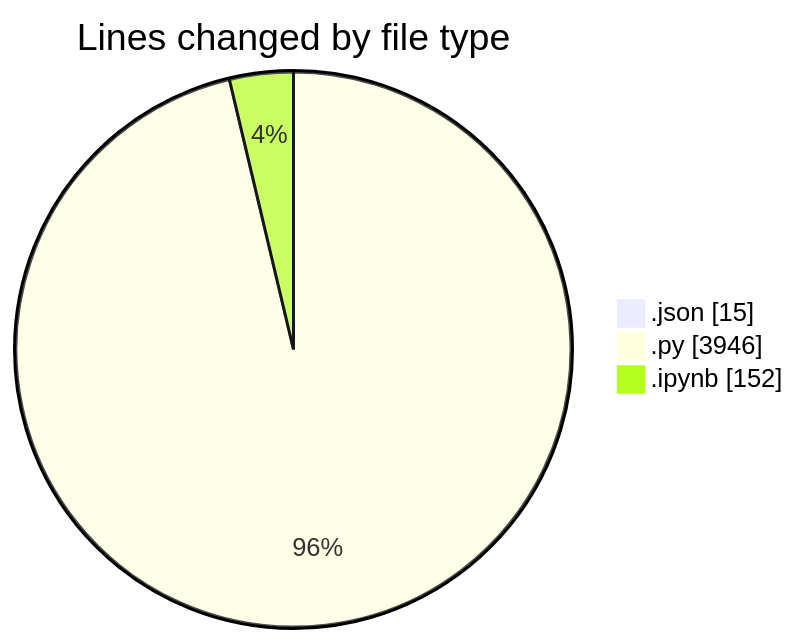
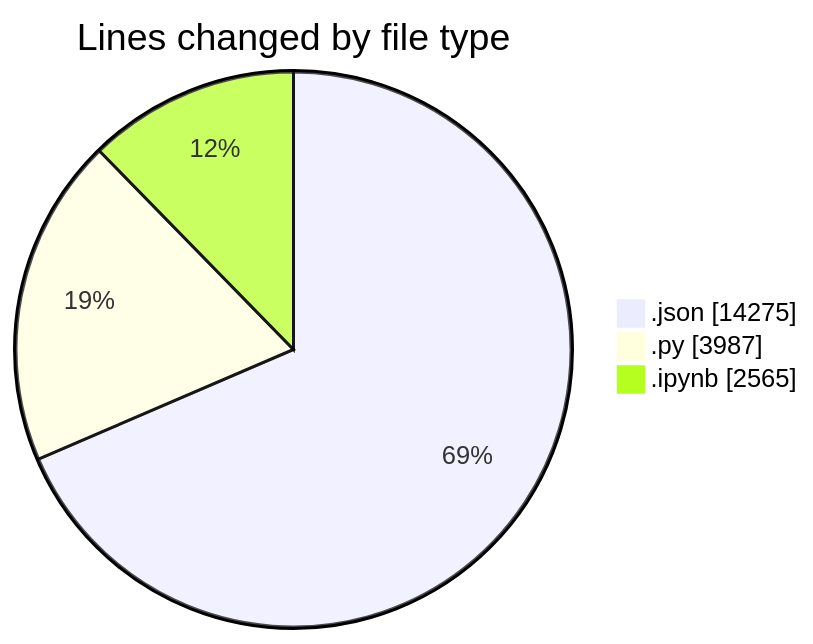
One commit to MatusMokan/code-tracking changed the first of 2 diagrams in 2025-10-04/untitled__workspace_/README.md. Above: the diagram before and after it, drawn with Mermaid. The commit also changed other lines of this file and 1 other file, not shown here.

````diff
--- a/2025-10-04/untitled__workspace_/README.md
+++ b/2025-10-04/untitled__workspace_/README.md
@@ -23,7 +34,7 @@
 ```mermaid
 pie showData
 title Lines changed by file type
-".json" : 15
-".py" : 3946
-".ipynb" : 152
+".json" : 14275
+".py" : 3987
+".ipynb" : 2565
 ```
````
